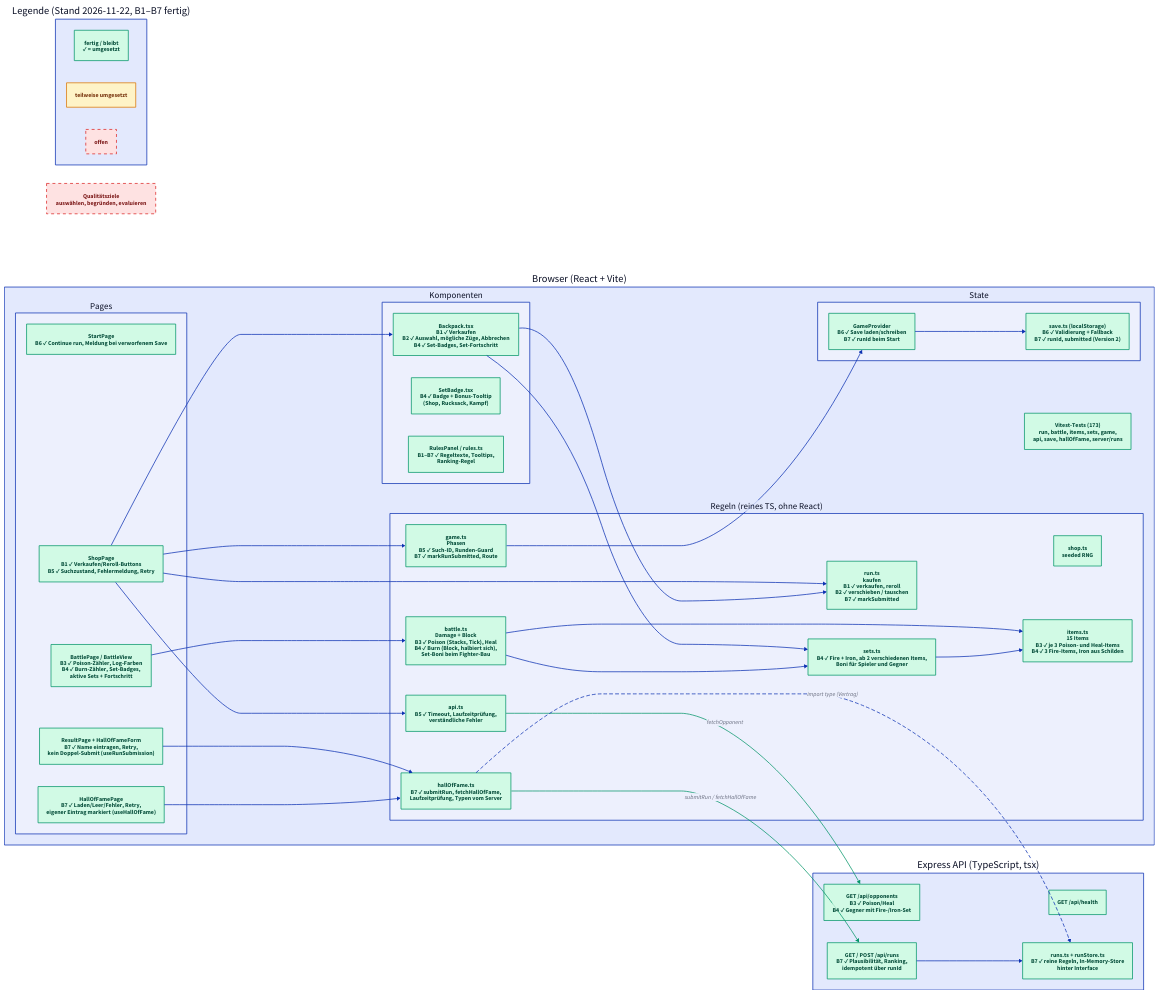
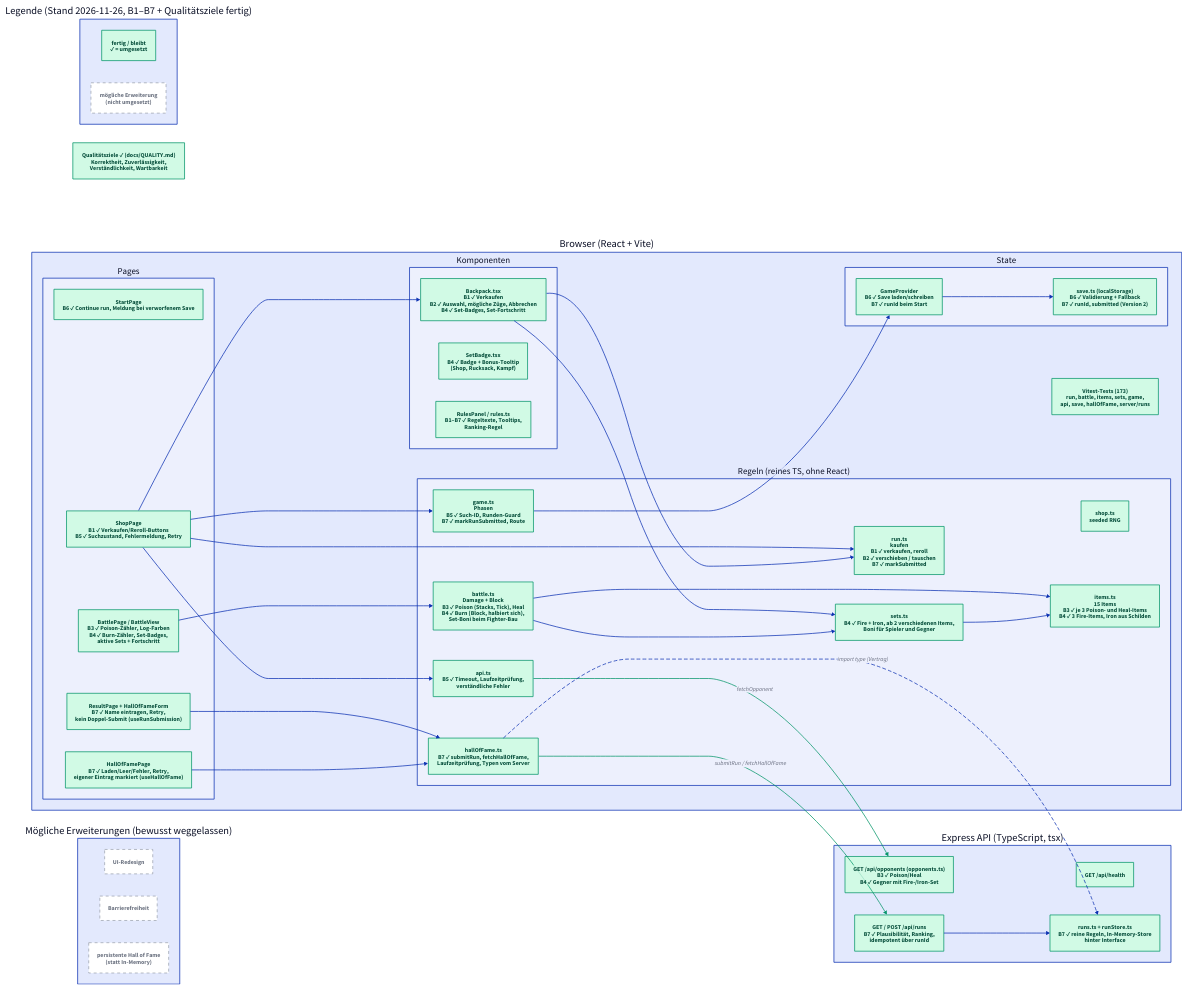
Before and after one commit to Roman0-5/backpack-brawl-MaRo: the diagram in docs/diagrams/status.d2, drawn with D2. The commit also changed 3 other files, not shown here.

Commit message:
docs: Diagramme auf Endstand gebracht

```diff
--- a/docs/diagrams/status.d2
+++ b/docs/diagrams/status.d2
@@ -1,71 +1,75 @@
 direction: right
 
 classes: {
   done: { style: { fill: "#d1fae5"; stroke: "#059669"; font-color: "#064e3b" } }
-  part: { style: { fill: "#fef3c7"; stroke: "#d97706"; font-color: "#78350f" } }
-  todo: { style: { fill: "#fee2e2"; stroke: "#dc2626"; font-color: "#7f1d1d"; stroke-dash: 4 } }
+  ext: { style: { fill: "#ffffff"; stroke: "#9ca3af"; font-color: "#6b7280"; stroke-dash: 4 } }
 }
 
-legend: "Legende (Stand 2026-11-22, B1–B7 fertig)" {
+legend: "Legende (Stand 2026-11-26, B1–B7 + Qualitätsziele fertig)" {
   d: "fertig / bleibt\n✓ = umgesetzt" { class: done }
-  p: "teilweise umgesetzt" { class: part }
-  t: "offen" { class: todo }
+  x: "mögliche Erweiterung\n(nicht umgesetzt)" { class: ext }
 }
 
 browser: Browser (React + Vite) {
   pages: Pages {
     start: "StartPage\nB6 ✓ Continue run, Meldung bei verworfenem Save" { class: done }
     shop: "ShopPage\nB1 ✓ Verkaufen/Reroll-Buttons\nB5 ✓ Suchzustand, Fehlermeldung, Retry" { class: done }
     battle: "BattlePage / BattleView\nB3 ✓ Poison-Zähler, Log-Farben\nB4 ✓ Burn-Zähler, Set-Badges,\naktive Sets + Fortschritt" { class: done }
     result: "ResultPage + HallOfFameForm\nB7 ✓ Name eintragen, Retry,\nkein Doppel-Submit (useRunSubmission)" { class: done }
     hof: "HallOfFamePage\nB7 ✓ Laden/Leer/Fehler, Retry,\neigener Eintrag markiert (useHallOfFame)" { class: done }
   }
   components: Komponenten {
     backpack: "Backpack.tsx\nB1 ✓ Verkaufen\nB2 ✓ Auswahl, mögliche Züge, Abbrechen\nB4 ✓ Set-Badges, Set-Fortschritt" { class: done }
     setbadge: "SetBadge.tsx\nB4 ✓ Badge + Bonus-Tooltip\n(Shop, Rucksack, Kampf)" { class: done }
     rulespanel: "RulesPanel / rules.ts\nB1–B7 ✓ Regeltexte, Tooltips,\nRanking-Regel" { class: done }
   }
   state: State {
     provider: "GameProvider\nB6 ✓ Save laden/schreiben\nB7 ✓ runId beim Start" { class: done }
     save: "save.ts (localStorage)\nB6 ✓ Validierung + Fallback\nB7 ✓ runId, submitted (Version 2)" { class: done }
   }
   rules: Regeln (reines TS, ohne React) {
     run: "run.ts\nkaufen\nB1 ✓ verkaufen, reroll\nB2 ✓ verschieben / tauschen\nB7 ✓ markSubmitted" { class: done }
     shopts: "shop.ts\nseeded RNG" { class: done }
     game: "game.ts\nPhasen\nB5 ✓ Such-ID, Runden-Guard\nB7 ✓ markRunSubmitted, Route" { class: done }
     api: "api.ts\nB5 ✓ Timeout, Laufzeitprüfung,\nverständliche Fehler" { class: done }
     hofts: "hallOfFame.ts\nB7 ✓ submitRun, fetchHallOfFame,\nLaufzeitprüfung, Typen vom Server" { class: done }
     battle: "battle.ts\nDamage + Block\nB3 ✓ Poison (Stacks, Tick), Heal\nB4 ✓ Burn (Block, halbiert sich),\nSet-Boni beim Fighter-Bau" { class: done }
     sets: "sets.ts\nB4 ✓ Fire + Iron, ab 2 verschiedenen Items,\nBoni für Spieler und Gegner" { class: done }
     items: "items.ts\n15 Items\nB3 ✓ je 3 Poison- und Heal-Items\nB4 ✓ 3 Fire-Items, Iron aus Schilden" { class: done }
   }
   tests: "Vitest-Tests (173)\nrun, battle, items, sets, game,\napi, save, hallOfFame, server/runs" { class: done }
 }
 
 server: "Express API (TypeScript, tsx)" {
   health: "GET /api/health" { class: done }
-  opp: "GET /api/opponents\nB3 ✓ Poison/Heal\nB4 ✓ Gegner mit Fire-/Iron-Set" { class: done }
+  opp: "GET /api/opponents (opponents.ts)\nB3 ✓ Poison/Heal\nB4 ✓ Gegner mit Fire-/Iron-Set" { class: done }
   runs: "GET / POST /api/runs\nB7 ✓ Plausibilität, Ranking,\nidempotent über runId" { class: done }
   runsts: "runs.ts + runStore.ts\nB7 ✓ reine Regeln, In-Memory-Store\nhinter Interface" { class: done }
   runs -> runsts
 }
 
-quality: "Qualitätsziele\nauswählen, begründen, evaluieren" { class: todo }
+quality: "Qualitätsziele ✓ (docs/QUALITY.md)\nKorrektheit, Zuverlässigkeit,\nVerständlichkeit, Wartbarkeit" { class: done }
+
+maybe: "Mögliche Erweiterungen (bewusst weggelassen)" {
+  ui: "UI-Redesign" { class: ext }
+  a11y: "Barrierefreiheit" { class: ext }
+  db: "persistente Hall of Fame\n(statt In-Memory)" { class: ext }
+}
 
 browser.pages.shop -> browser.rules.run
 browser.pages.shop -> browser.components.backpack
 browser.components.backpack -> browser.rules.run
 browser.components.backpack -> browser.rules.sets
 browser.pages.shop -> browser.rules.game
 browser.pages.shop -> browser.rules.api
 browser.pages.battle -> browser.rules.battle
 browser.rules.battle -> browser.rules.sets
 browser.rules.battle -> browser.rules.items
 browser.rules.sets -> browser.rules.items
 browser.rules.game -> browser.state.provider
 browser.state.provider -> browser.state.save
 browser.pages.result -> browser.rules.hofts
 browser.pages.hof -> browser.rules.hofts
 browser.rules.api -> server.opp: fetchOpponent { style.stroke: "#059669" }
 browser.rules.hofts -> server.runs: "submitRun / fetchHallOfFame" { style.stroke: "#059669" }
 browser.rules.hofts -> server.runsts: "import type (Vertrag)" { style.stroke-dash: 4 }
```
